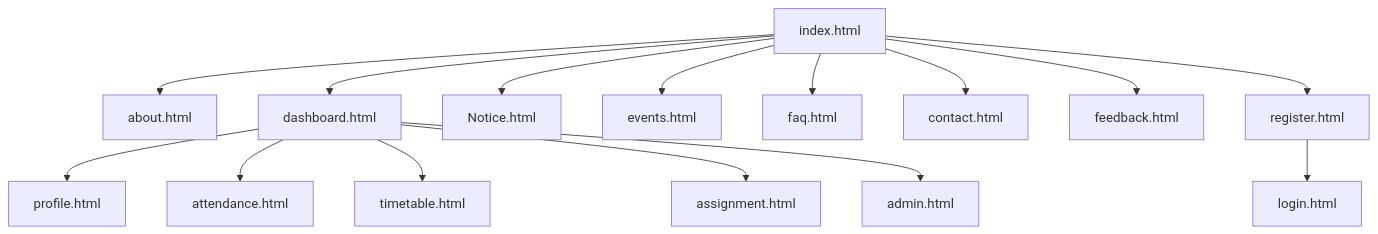
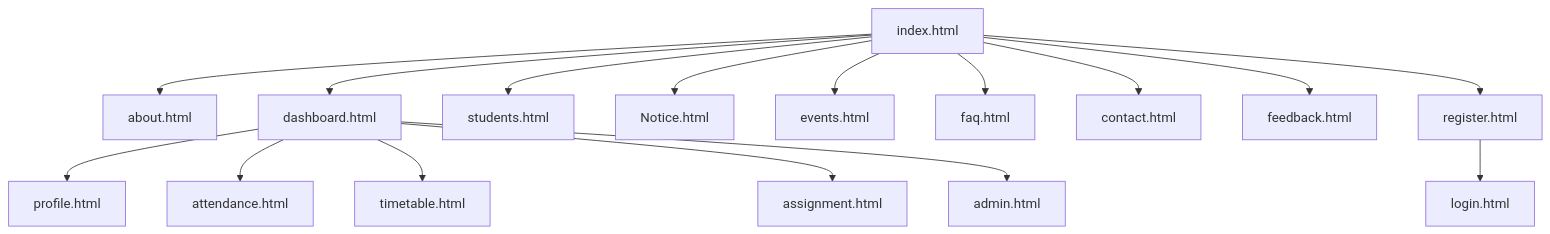
The first of 2 diagrams in README.md (bhaktipatel2014/Studenthub), drawn with Mermaid before and after one commit. The commit also changed other lines of this file and 47 other files, not shown here.

````diff
--- a/README.md
+++ b/README.md
@@ -15,17 +16,18 @@
 ```mermaid
 flowchart TD
   Home[index.html] --> About[about.html]
   Home --> Dashboard[dashboard.html]
   Dashboard --> Profile[profile.html]
+  Home --> Students[students.html]
   Dashboard --> Attendance[attendance.html]
   Dashboard --> Timetable[timetable.html]
   Dashboard --> Assignments[assignment.html]
   Home --> Notices[Notice.html]
   Home --> Events[events.html]
   Home --> FAQ[faq.html]
   Home --> Contact[contact.html]
   Home --> Feedback[feedback.html]
   Home --> Register[register.html]
   Register --> Login[login.html]
   Dashboard --> Admin[admin.html]
 ```
````
